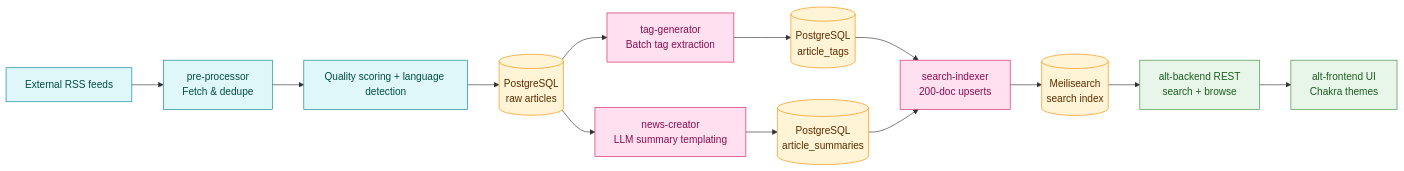
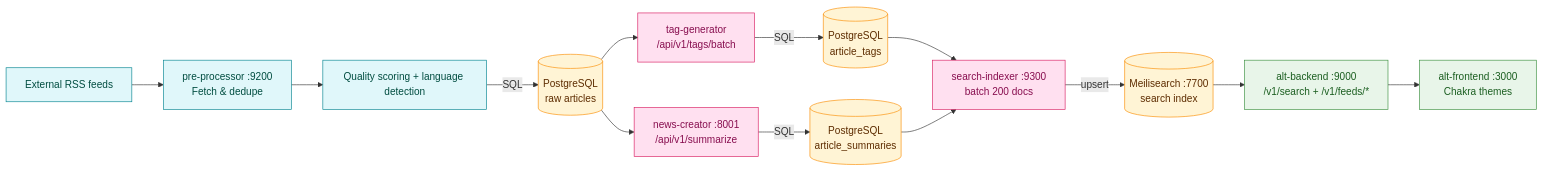
One commit to Kaikei-e/Alt changed the third of 9 diagrams in README.md. Above: the diagram before and after it, drawn with Mermaid. The commit also changed other lines of this file, not shown here.

First line of the commit message:
docs: Update README with service port details and API endpoints

````diff
--- a/README.md
+++ b/README.md
@@ -182,20 +184,20 @@
 ```mermaid
 flowchart LR
     classDef ingest fill:#e0f7fa,stroke:#00838f,color:#004d40
     classDef ai fill:#ffe0f0,stroke:#d81b60,color:#880e4f
     classDef storage fill:#fff4d5,stroke:#fb8c00,color:#5d2c00
     classDef surface fill:#e8f5e9,stroke:#388e3c,color:#1b5e20
 
-    RSS[External RSS feeds]:::ingest --> Fetch[pre-processor<br/>Fetch & dedupe]:::ingest
+    RSS[External RSS feeds]:::ingest --> Fetch[pre-processor :9200<br/>Fetch & dedupe]:::ingest
     Fetch --> Score[Quality scoring + language detection]:::ingest
-    Score --> RawDB[(PostgreSQL<br/>raw articles)]:::storage
-    RawDB --> TagJob[tag-generator<br/>Batch tag extraction]:::ai
-    RawDB --> SummaryJob[news-creator<br/>LLM summary templating]:::ai
-    TagJob --> TagDB[(PostgreSQL<br/>article_tags)]:::storage
-    SummaryJob --> SummaryDB[(PostgreSQL<br/>article_summaries)]:::storage
-    TagDB --> IndexBatch[search-indexer<br/>200-doc upserts]:::ai
+    Score -->|SQL| RawDB[(PostgreSQL<br/>raw articles)]:::storage
+    RawDB --> TagJob[tag-generator<br/>/api/v1/tags/batch]:::ai
+    RawDB --> SummaryJob[news-creator :8001<br/>/api/v1/summarize]:::ai
+    TagJob -->|SQL| TagDB[(PostgreSQL<br/>article_tags)]:::storage
+    SummaryJob -->|SQL| SummaryDB[(PostgreSQL<br/>article_summaries)]:::storage
+    TagDB --> IndexBatch[search-indexer :9300<br/>batch 200 docs]:::ai
     SummaryDB --> IndexBatch
-    IndexBatch --> Meili[(Meilisearch<br/>search index)]:::storage
-    Meili --> API[alt-backend REST<br/>search + browse]:::surface
-    API --> Frontend[alt-frontend UI<br/>Chakra themes]:::surface
+    IndexBatch -->|upsert| Meili[(Meilisearch :7700<br/>search index)]:::storage
+    Meili --> API[alt-backend :9000<br/>/v1/search + /v1/feeds/*]:::surface
+    API --> Frontend[alt-frontend :3000<br/>Chakra themes]:::surface
 ```
````
